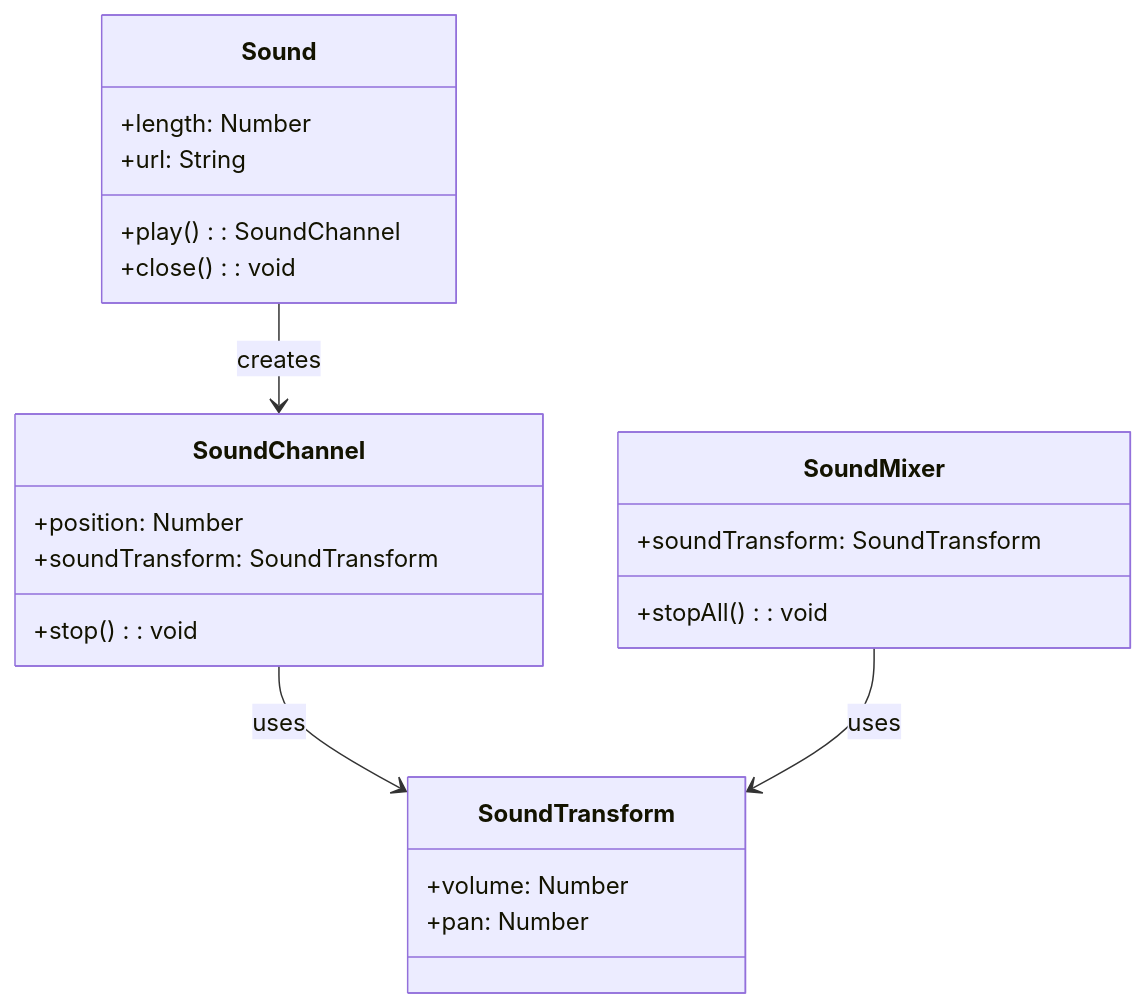
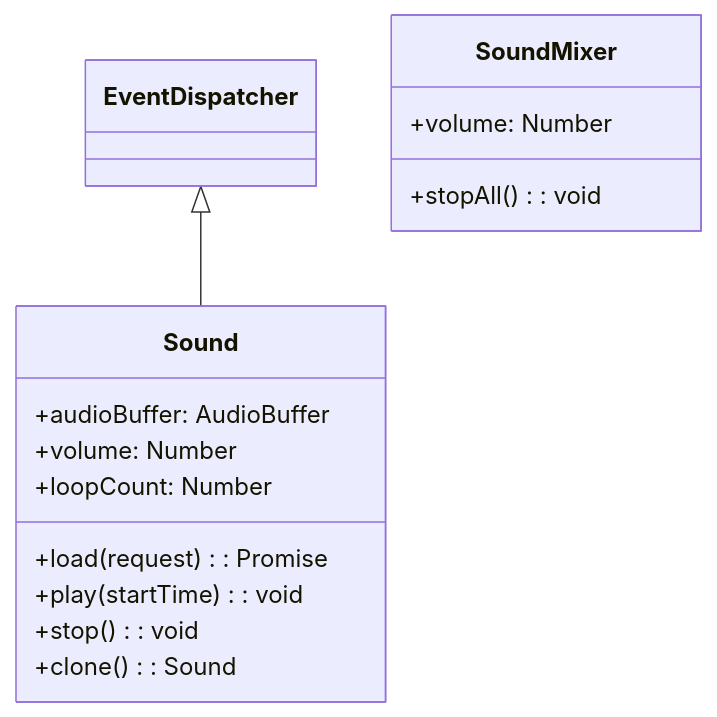
The diagram in specs/ja/sound.md (Next2D/player), drawn with Mermaid before and after one commit. The commit also changed other lines of this file and 27 other files, not shown here.

````diff
--- a/specs/ja/sound.md
+++ b/specs/ja/sound.md
@@ -7,26 +7,17 @@
 ```mermaid
 classDiagram
+    EventDispatcher <|-- Sound
     class Sound {
-        +length: Number
-        +url: String
-        +play(): SoundChannel
-        +close(): void
-    }
-    class SoundChannel {
-        +position: Number
-        +soundTransform: SoundTransform
+        +audioBuffer: AudioBuffer
+        +volume: Number
+        +loopCount: Number
+        +load(request): Promise
+        +play(startTime): void
         +stop(): void
-    }
-    class SoundTransform {
-        +volume: Number
-        +pan: Number
+        +clone(): Sound
     }
     class SoundMixer {
-        +soundTransform: SoundTransform
+        +volume: Number
         +stopAll(): void
     }
-
-    Sound --> SoundChannel : creates
-    SoundChannel --> SoundTransform : uses
-    SoundMixer --> SoundTransform : uses
 ```
````
